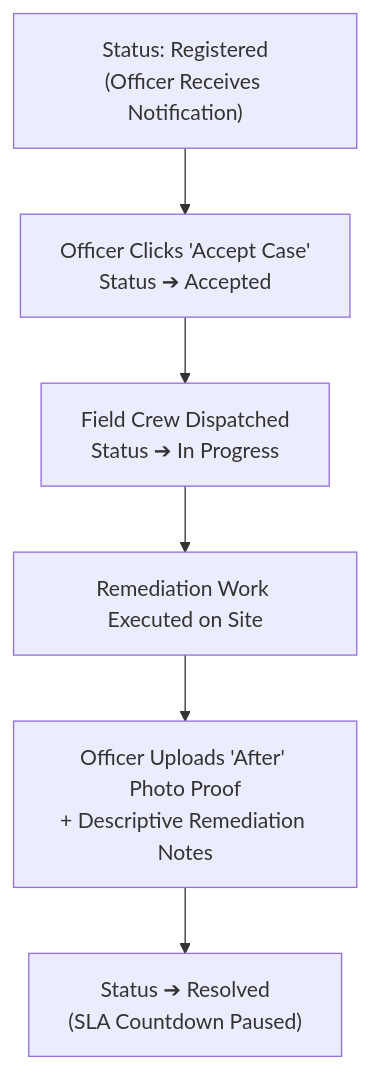
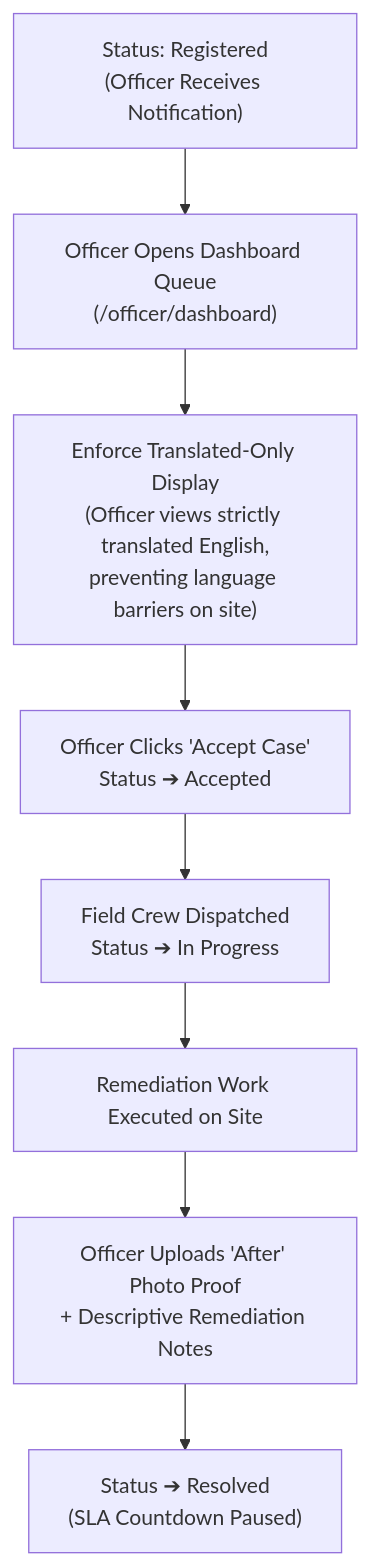
Diagram 13 of 18 in phases.md (SHRUTISINHA250714/civic), drawn with Mermaid before and after one commit. The commit also changed other lines of this file and 1 other file, not shown here.

````diff
--- a/phases.md
+++ b/phases.md
@@ -377,8 +393,10 @@
 ```mermaid
 flowchart TD
-    Reg["Status: Registered\n(Officer Receives Notification)"] --> Accept["Officer Clicks 'Accept Case'\nStatus ➔ Accepted"]
+    Reg["Status: Registered\n(Officer Receives Notification)"] --> View["Officer Opens Dashboard Queue\n(/officer/dashboard)"]
+    View --> TransView["Enforce Translated-Only Display\n(Officer views strictly translated English,\npreventing language barriers on site)"]
+    TransView --> Accept["Officer Clicks 'Accept Case'\nStatus ➔ Accepted"]
     Accept --> Prog["Field Crew Dispatched\nStatus ➔ In Progress"]
     Prog --> Fix["Remediation Work Executed on Site"]
     Fix --> Proof["Officer Uploads 'After' Photo Proof\n+ Descriptive Remediation Notes"]
     Proof --> Resolved["Status ➔ Resolved\n(SLA Countdown Paused)"]
 ```
````
